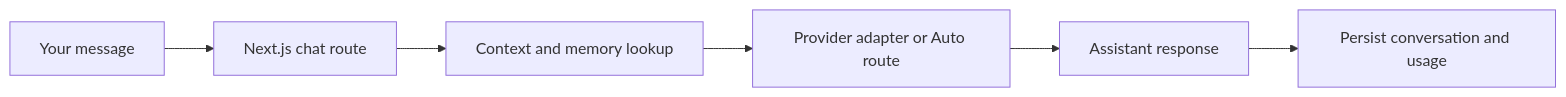
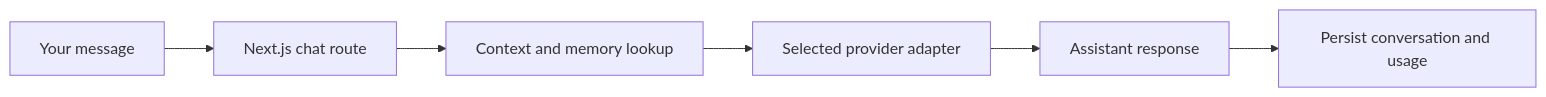
Before and after one commit to Mr-Neutr0n/memty: the diagram in README.md, drawn with Mermaid. The commit also changed other lines of this file and 1 other file, not shown here.

````diff
--- a/README.md
+++ b/README.md
@@ -36,8 +36,8 @@
 ```mermaid
 flowchart LR
     U[Your message] --> C[Next.js chat route]
     C --> M[Context and memory lookup]
-    M --> R[Provider adapter or Auto route]
+    M --> R[Selected provider adapter]
     R --> A[Assistant response]
     A --> P[Persist conversation and usage]
 ```
````
